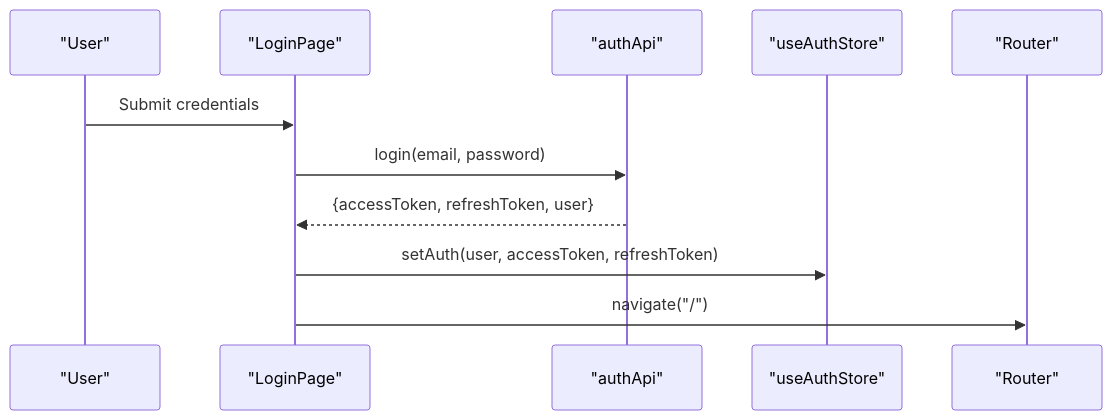
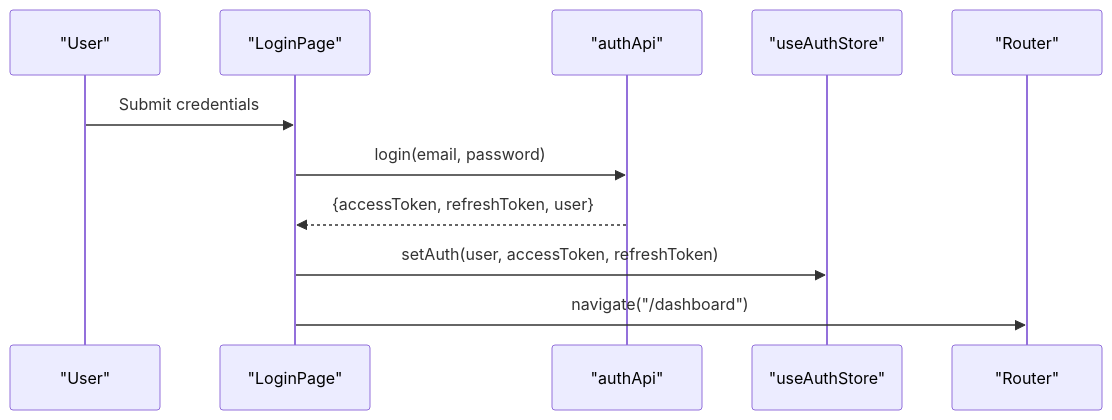
Before and after one commit to Vostrikov2014/vks-qoder: the fourth of 12 diagrams in .qoder/repowiki/en/content/Frontend Application/Frontend Application.md, drawn with Mermaid. The commit also changed other lines of this file and 18 other files, not shown here.

````diff
--- a/.qoder/repowiki/en/content/Frontend Application/Frontend Application.md
+++ b/.qoder/repowiki/en/content/Frontend Application/Frontend Application.md
@@ -209,13 +258,13 @@
 ```mermaid
 sequenceDiagram
 participant U as "User"
 participant LP as "LoginPage"
 participant API as "authApi"
 participant Store as "useAuthStore"
 participant R as "Router"
 U->>LP : Submit credentials
 LP->>API : login(email, password)
 API-->>LP : {accessToken, refreshToken, user}
 LP->>Store : setAuth(user, accessToken, refreshToken)
-LP->>R : navigate("/")
+LP->>R : navigate("/dashboard")
 ```
````
